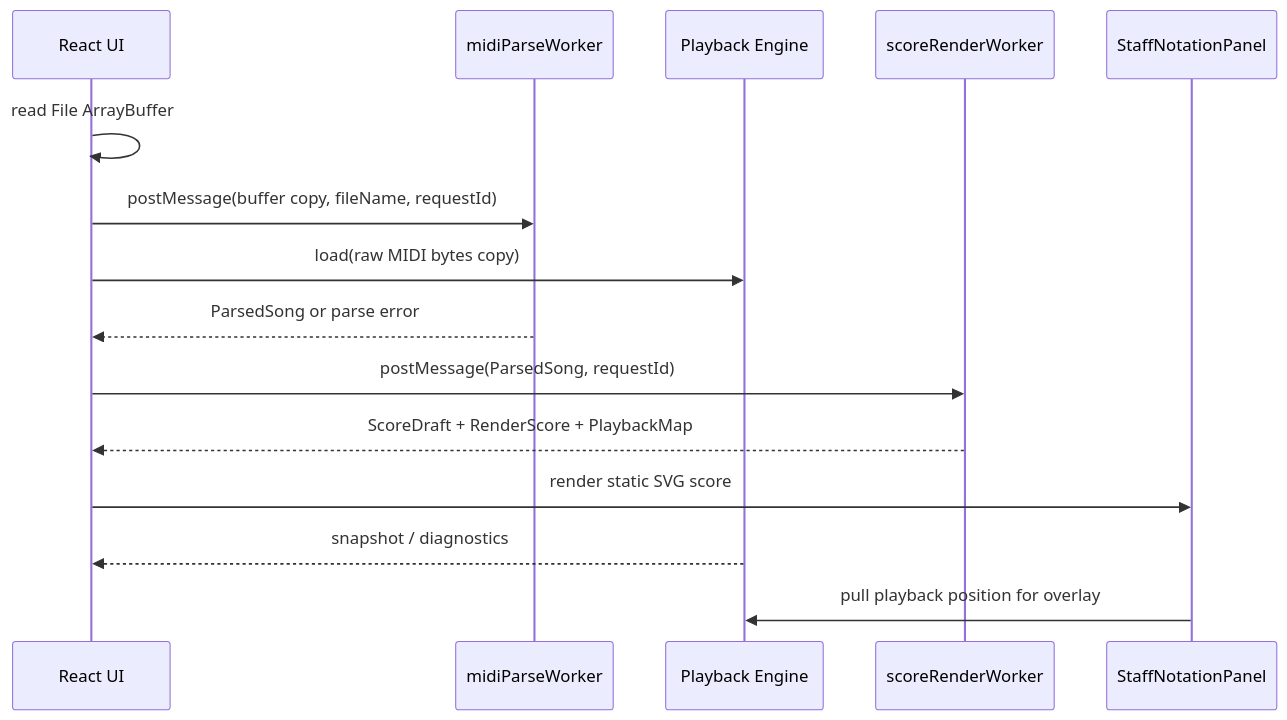
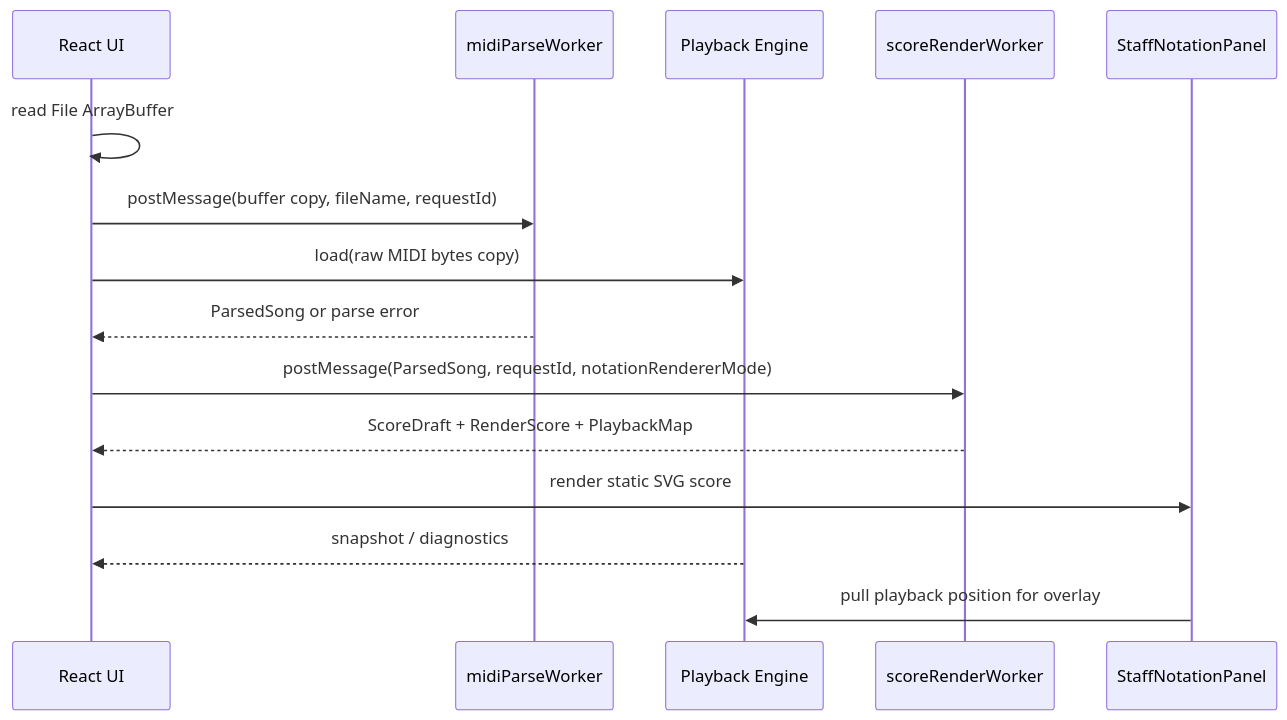
One commit to allenwu258/midi-studio changed the diagram in docs/system-architecture-and-technical-implementation.md. Above: the diagram before and after it, drawn with Mermaid. The commit also changed other lines of this file and 3 other files, not shown here.

Commit message:
docs: document engraved renderer mode

````diff
--- a/docs/system-architecture-and-technical-implementation.md
+++ b/docs/system-architecture-and-technical-implementation.md
@@ -1122,18 +1143,18 @@
 ```mermaid
 sequenceDiagram
   participant UI as React UI
   participant Parse as midiParseWorker
   participant Player as Playback Engine
   participant Score as scoreRenderWorker
   participant Staff as StaffNotationPanel
 
   UI->>UI: read File ArrayBuffer
   UI->>Parse: postMessage(buffer copy, fileName, requestId)
   UI->>Player: load(raw MIDI bytes copy)
   Parse-->>UI: ParsedSong or parse error
-  UI->>Score: postMessage(ParsedSong, requestId)
+  UI->>Score: postMessage(ParsedSong, requestId, notationRendererMode)
   Score-->>UI: ScoreDraft + RenderScore + PlaybackMap
   UI->>Staff: render static SVG score
   Player-->>UI: snapshot / diagnostics
   Staff->>Player: pull playback position for overlay
 ```
````
